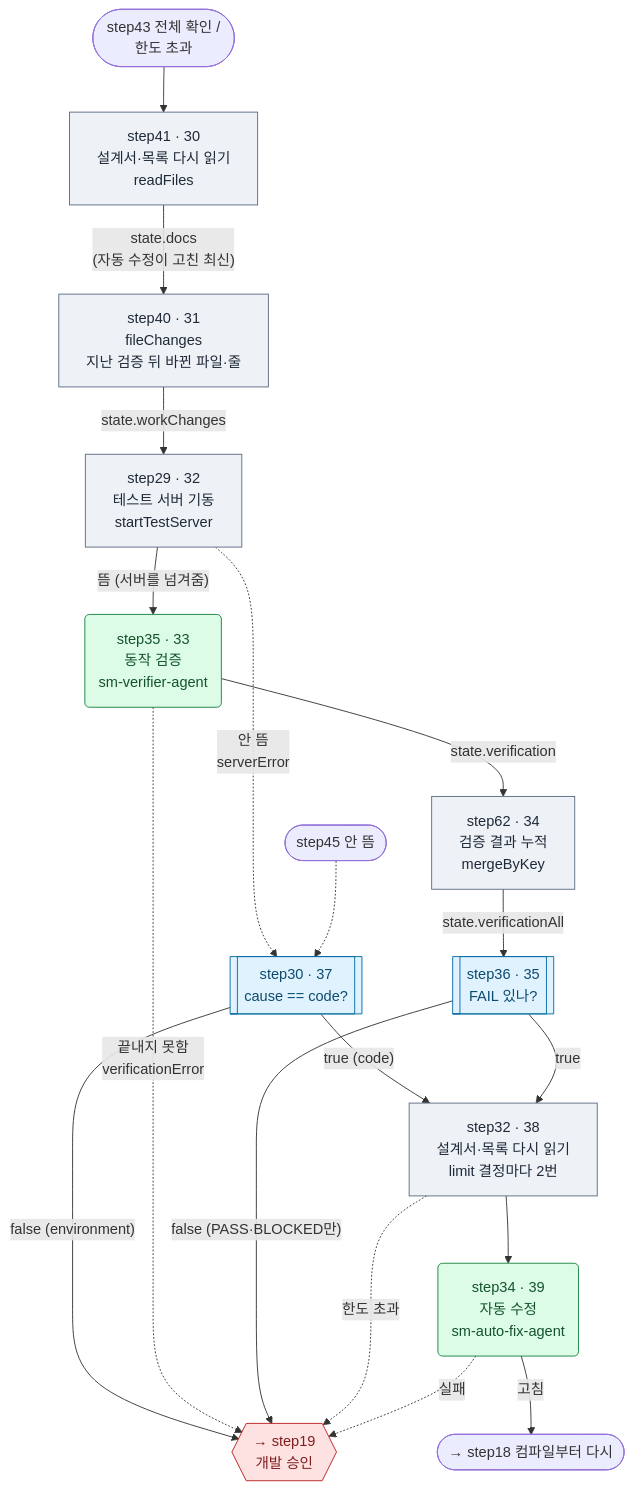
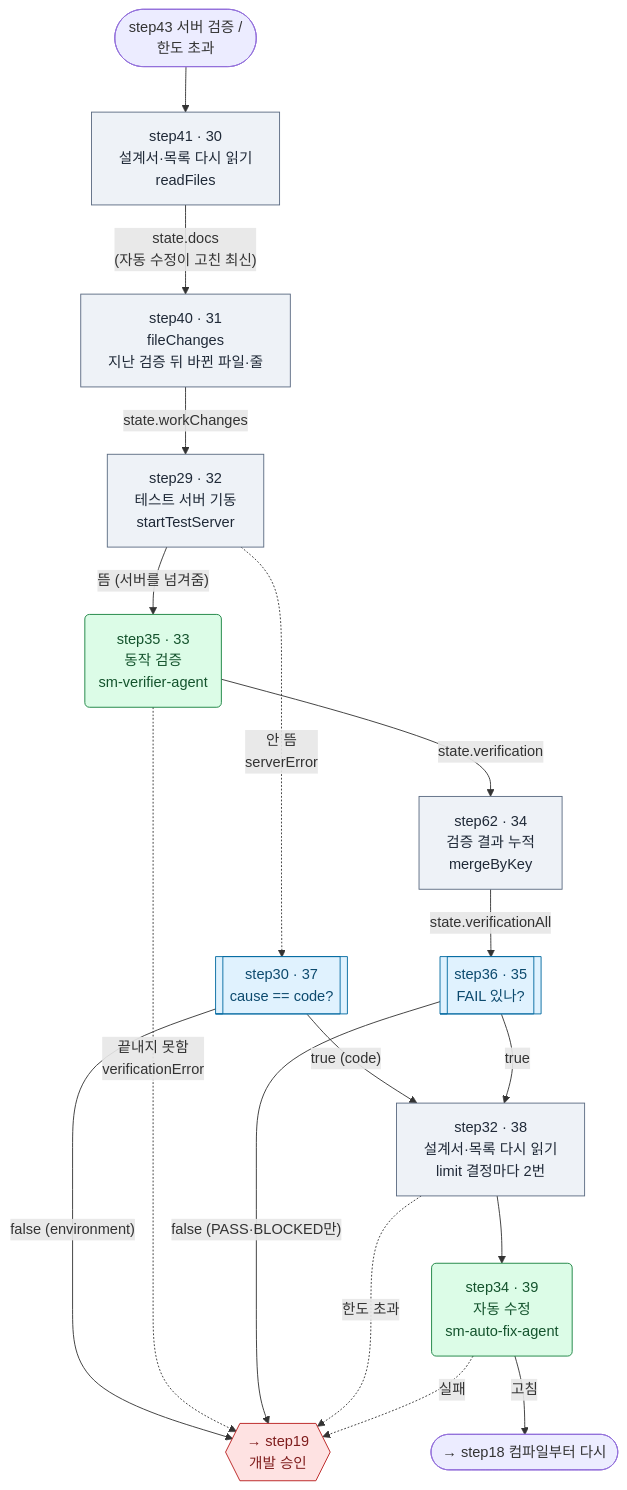
Before and after one commit to YongSoekChoeng/dstone: diagram 15 of 24 in docs/09.dstone-ai-engine-sm-workflow.md, drawn with Mermaid. The commit also changed other lines of this file and 10 other files, not shown here.

````diff
--- a/docs/09.dstone-ai-engine-sm-workflow.md
+++ b/docs/09.dstone-ai-engine-sm-workflow.md
@@ -1158,25 +1137,24 @@
 ```mermaid
 flowchart TD
-    IN(["step43 전체 확인 /<br/>한도 초과"]) --> step41["step41 · 30<br/>설계서·목록 다시 읽기<br/>readFiles"]:::tool
+    IN(["step43 서버 검증 /<br/>한도 초과"]) --> step41["step41 · 30<br/>설계서·목록 다시 읽기<br/>readFiles"]:::tool
     step41 -->|"state.docs<br/>(자동 수정이 고친 최신)"| step40["step40 · 31<br/>fileChanges<br/>지난 검증 뒤 바뀐 파일·줄"]:::tool
     step40 -->|state.workChanges| step29["step29 · 32<br/>테스트 서버 기동<br/>startTestServer"]:::tool
     step29 -->|"뜸 (서버를 넘겨줌)"| step35("step35 · 33<br/>동작 검증<br/>sm-verifier-agent"):::agent
     step29 -.->|"안 뜸<br/>serverError"| step30[["step30 · 37<br/>cause == code?"]]:::route
-    S45(["step45 안 뜸"]) -.-> step30
     step30 -->|"false (environment)"| step19{{"→ step19<br/>개발 승인"}}:::appr
     step30 -->|"true (code)"| step32
     step35 -->|state.verification| step62["step62 · 34<br/>검증 결과 누적<br/>mergeByKey"]:::tool
     step62 -->|state.verificationAll| step36[["step36 · 35<br/>FAIL 있나?"]]:::route
     step35 -.->|"끝내지 못함<br/>verificationError"| step19
     step36 -->|"false (PASS·BLOCKED만)"| step19
     step36 -->|true| step32["step32 · 38<br/>설계서·목록 다시 읽기<br/>limit 결정마다 2번"]:::tool
     step32 -.->|한도 초과| step19
     step32 --> step34("step34 · 39<br/>자동 수정<br/>sm-auto-fix-agent"):::agent
     step34 -->|"고침"| step18(["→ step18 컴파일부터 다시"])
     step34 -.->|실패| step19
 
     classDef tool fill:#eef2f7,stroke:#5b6b82,color:#1f2937
     classDef route fill:#e0f2fe,stroke:#0369a1,color:#0c4a6e
     classDef agent fill:#dcfce7,stroke:#15803d,color:#14532d
     classDef appr fill:#fee2e2,stroke:#b91c1c,color:#7f1d1d
 ```
````
